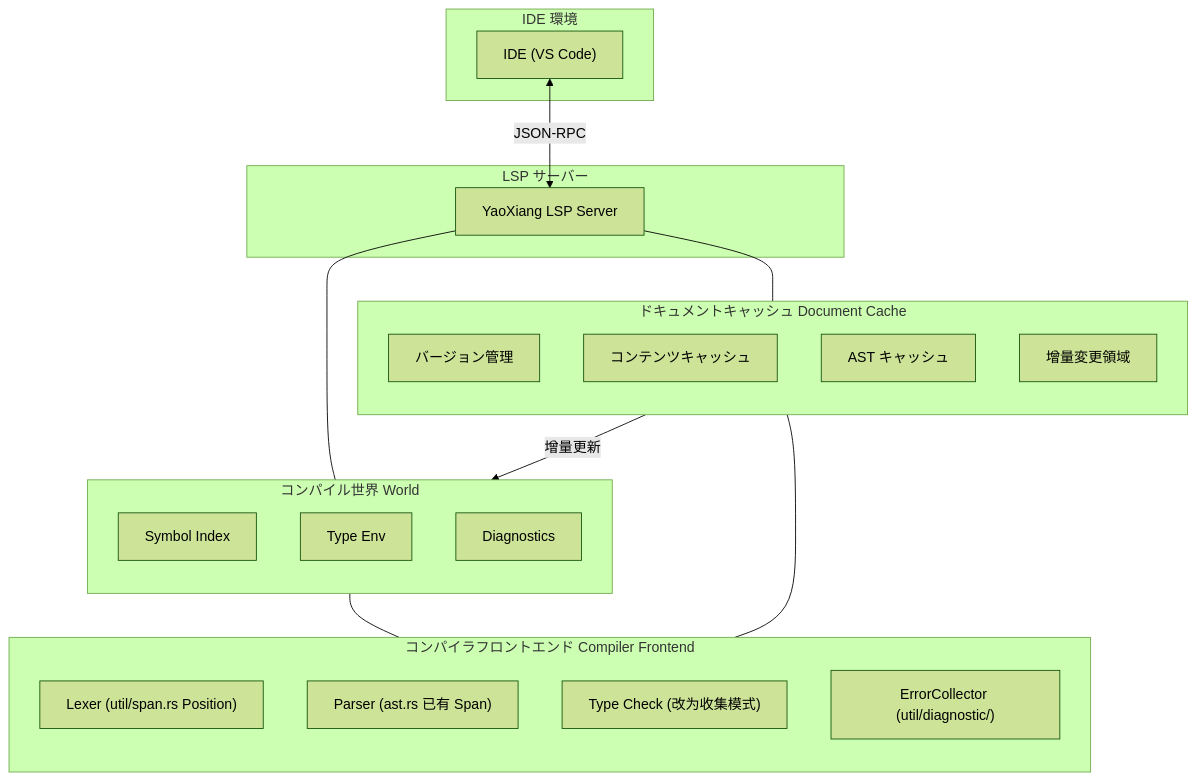
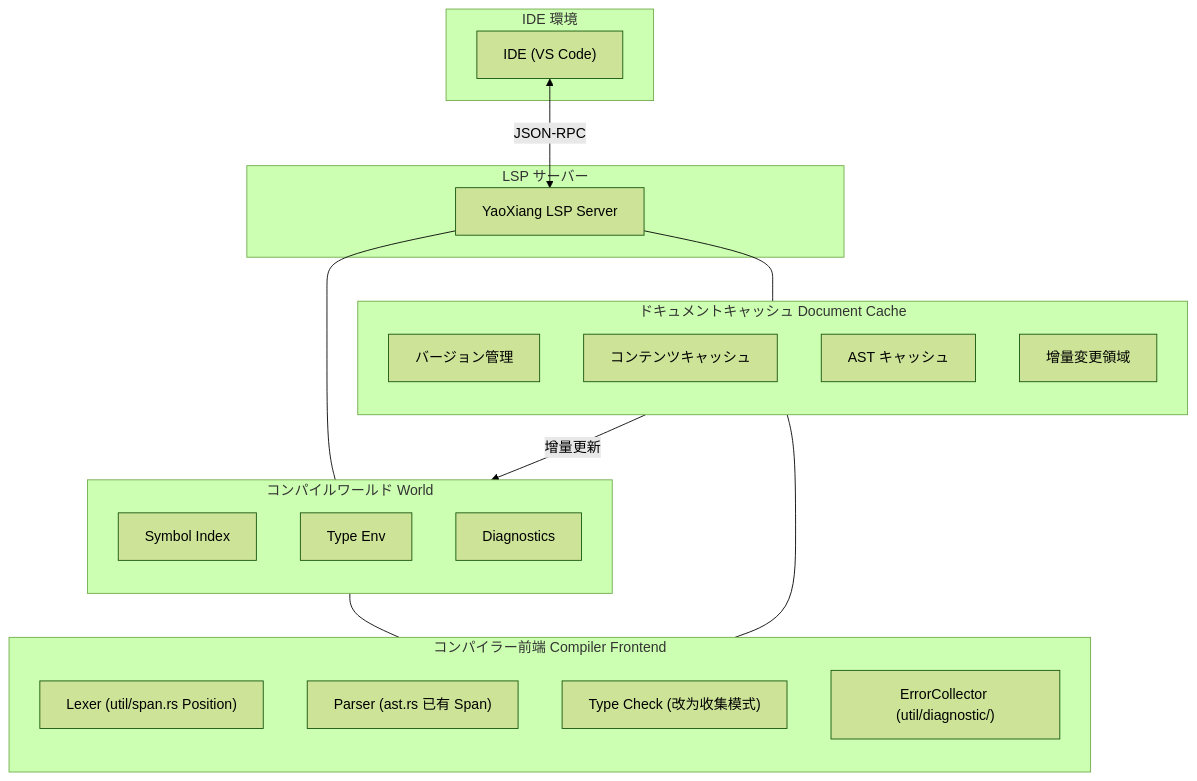
The diagram in docs/src/ja/design/rfc/accepted/017-lsp-support.md (ChenXu233/YaoXiang), drawn with Mermaid (forest theme) before and after one commit. The commit also changed other lines of this file and 392 other files, not shown here.

````diff
--- a/docs/src/ja/design/rfc/accepted/017-lsp-support.md
+++ b/docs/src/ja/design/rfc/accepted/017-lsp-support.md
@@ -152,43 +152,43 @@
 ```mermaid
 flowchart TD
     subgraph IDE_Environment [IDE 環境]
         IDE["IDE (VS Code)"]
     end
 
     subgraph LSP_Server [LSP サーバー]
         LSP["YaoXiang LSP Server"]
     end
 
-    subgraph World_Compile [コンパイル世界 World]
+    subgraph World_Compile [コンパイルワールド World]
         direction TB
         W_Symbol["Symbol Index"]
         W_Type["Type Env"]
         W_Diag["Diagnostics"]
     end
 
     subgraph Cache [ドキュメントキャッシュ Document Cache]
         direction TB
         C_Version["バージョン管理"]
         C_Content["コンテンツキャッシュ"]
         C_AST["AST キャッシュ"]
         C_Delta["增量変更領域"]
     end
 
-    subgraph Frontend [コンパイラフロントエンド Compiler Frontend]
+    subgraph Frontend [コンパイラー前端 Compiler Frontend]
         direction TB
         F_Lexer["Lexer (util/span.rs Position)"]
         F_Parser["Parser (ast.rs 已有 Span)"]
         F_TypeCheck["Type Check (改为收集模式)"]
         F_ErrorCollector["ErrorCollector (util/diagnostic/)"]
     end
 
     IDE <-->|JSON-RPC| LSP
 
     LSP --- World_Compile
     LSP --- Cache
 
     Cache -- "增量更新" --> World_Compile
 
     World_Compile --- Frontend
     Cache --- Frontend
 ```
````
